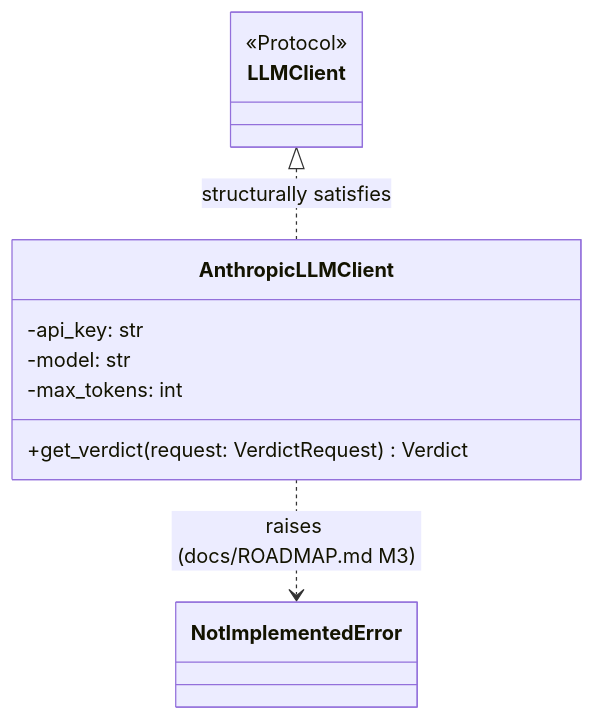
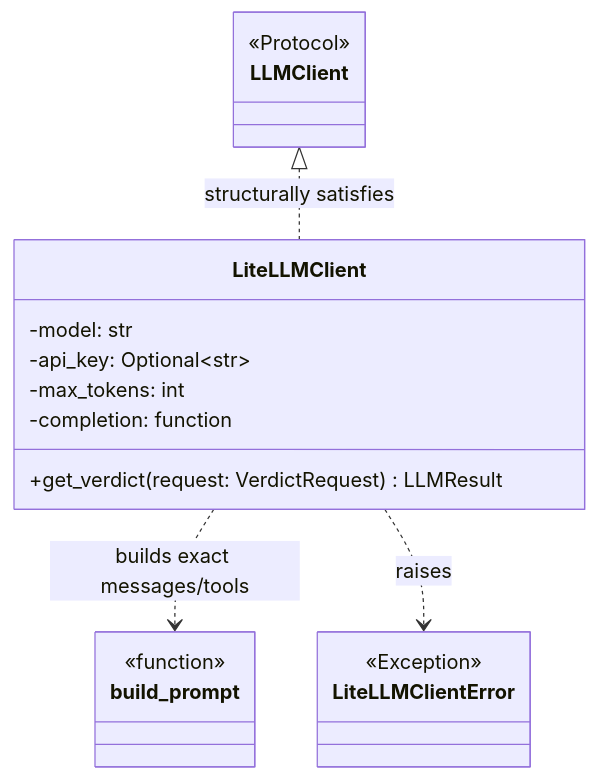
Diagram 19 of 38 in docs/DESIGN.md (Stainless5166/friendly-octo-spork), drawn with Mermaid before and after one commit. The commit also changed other lines of this file and 1 other file, not shown here.

Commit message:
Design: replace Anthropic stub with LiteLLM tool calling

````diff
--- a/docs/DESIGN.md
+++ b/docs/DESIGN.md
@@ -1216,13 +1258,17 @@
 ```mermaid
 classDiagram
     class LLMClient { <<Protocol>> }
-    class AnthropicLLMClient {
-        -api_key: str
+    class LiteLLMClient {
         -model: str
+        -api_key: Optional~str~
         -max_tokens: int
-        +get_verdict(request: VerdictRequest) Verdict
+        -completion: function
+        +get_verdict(request: VerdictRequest) LLMResult
     }
+    class LiteLLMClientError { <<Exception>> }
+    class build_prompt { <<function>> }
 
-    LLMClient <|.. AnthropicLLMClient : structurally satisfies
-    AnthropicLLMClient ..> NotImplementedError : raises (docs/ROADMAP.md M3)
+    LLMClient <|.. LiteLLMClient : structurally satisfies
+    LiteLLMClient ..> build_prompt : builds exact messages/tools
+    LiteLLMClient ..> LiteLLMClientError : raises
 ```
````
